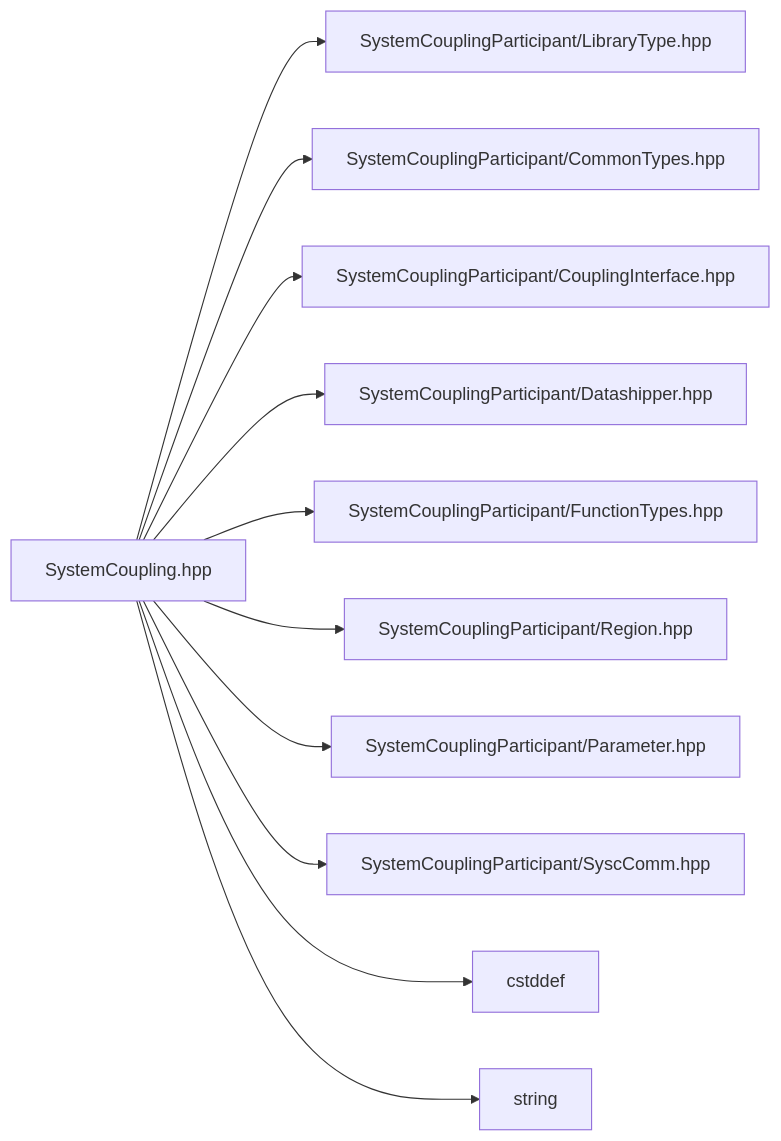
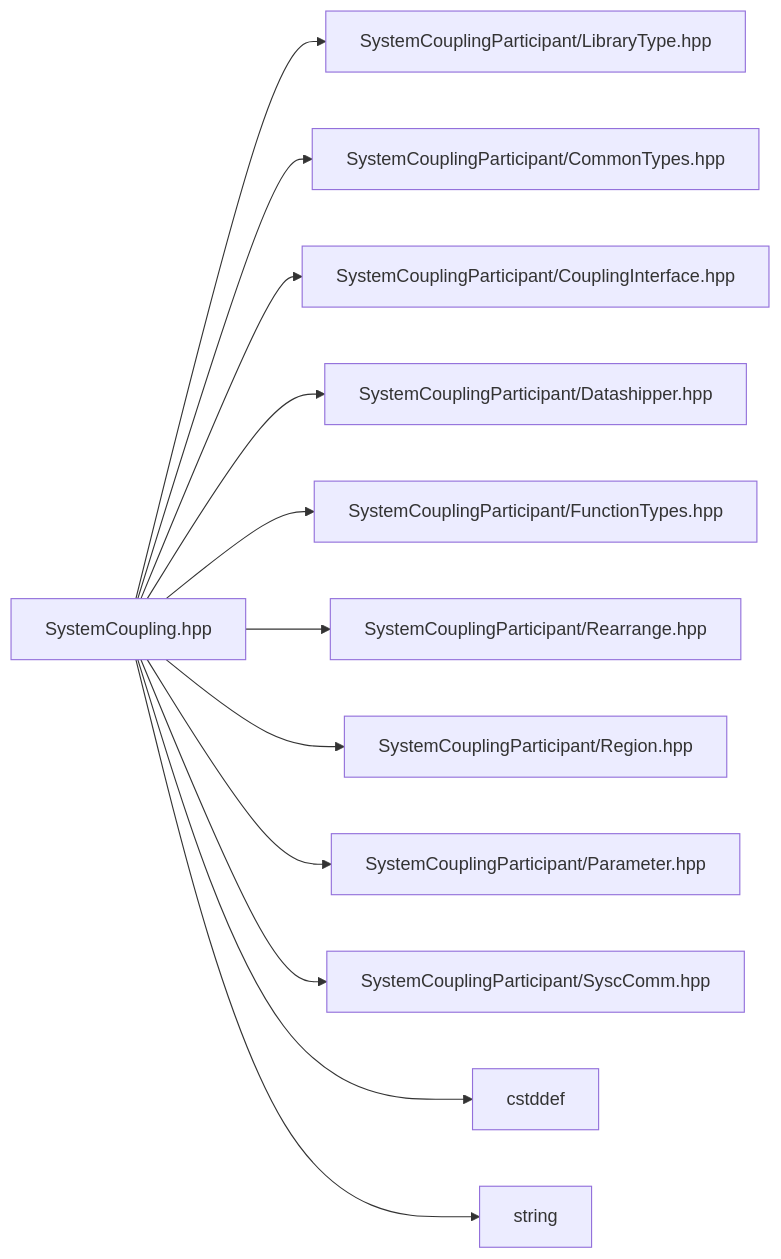
Before and after one commit to ansys/DevRelDocs: the diagram in 2026R1/system-coupling-26-r1/articles/cpp-reference/SystemCoupling_8hpp.md, drawn with Mermaid. The commit also changed other lines of this file and 377 other files, not shown here.

````diff
--- a/2026R1/system-coupling-26-r1/articles/cpp-reference/SystemCoupling_8hpp.md
+++ b/2026R1/system-coupling-26-r1/articles/cpp-reference/SystemCoupling_8hpp.md
@@ -32,36 +34,39 @@
 ```mermaid
 graph LR
-9["SystemCouplingParticipant/SyscComm.hpp"]
-
-5["SystemCouplingParticipant/Datashipper.hpp"]
-
 1["SystemCoupling.hpp"]
 click 1 "SystemCoupling_8hpp.md#SystemCoupling_8hpp"
 1 --> 2
 1 --> 3
 1 --> 4
 1 --> 5
 1 --> 6
 1 --> 7
 1 --> 8
 1 --> 9
 1 --> 10
 1 --> 11
+1 --> 12
+
+3["SystemCouplingParticipant/CommonTypes.hpp"]
+
+4["SystemCouplingParticipant/CouplingInterface.hpp"]
+
+5["SystemCouplingParticipant/Datashipper.hpp"]
 
 6["SystemCouplingParticipant/FunctionTypes.hpp"]
 
-11["string"]
-
-3["SystemCouplingParticipant/CommonTypes.hpp"]
-
-7["SystemCouplingParticipant/Region.hpp"]
-
 2["SystemCouplingParticipant/LibraryType.hpp"]
 
-8["SystemCouplingParticipant/Parameter.hpp"]
+9["SystemCouplingParticipant/Parameter.hpp"]
 
-10["cstddef"]
+7["SystemCouplingParticipant/Rearrange.hpp"]
 
-4["SystemCouplingParticipant/CouplingInterface.hpp"]
+8["SystemCouplingParticipant/Region.hpp"]
+
+10["SystemCouplingParticipant/SyscComm.hpp"]
+
+11["cstddef"]
+
+12["string"]
 
 ```
````
